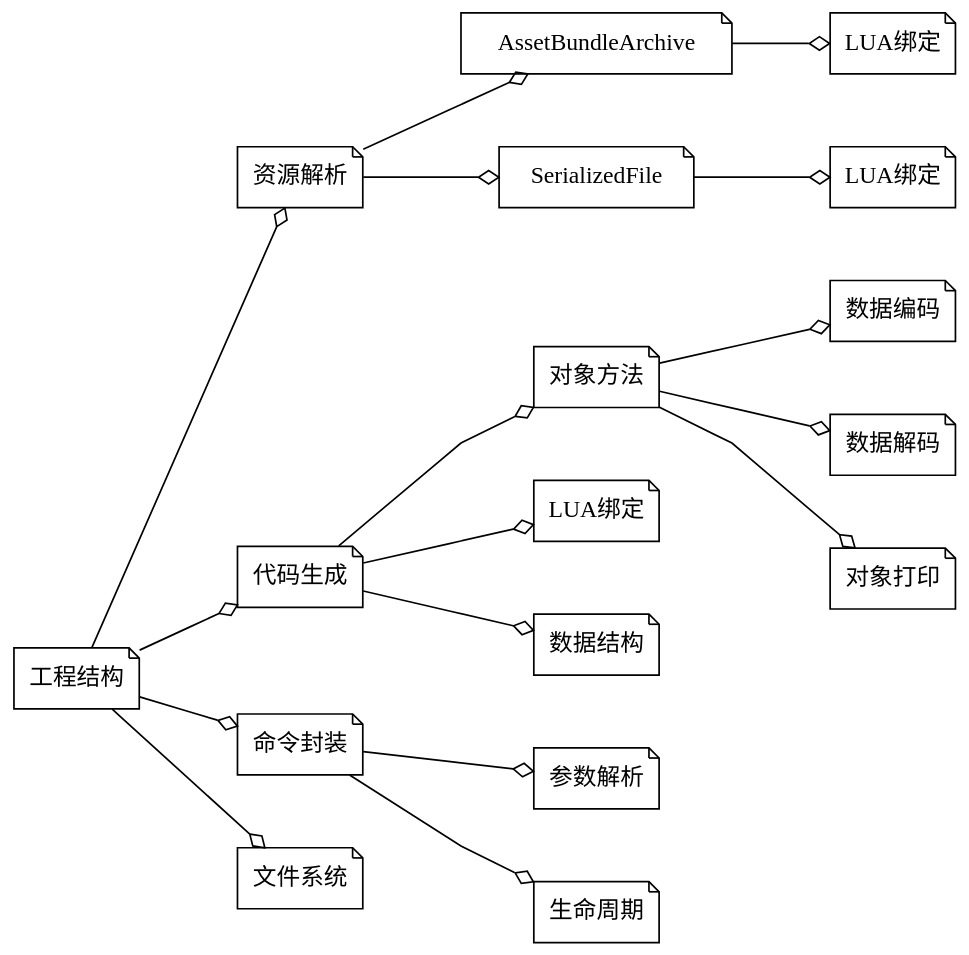
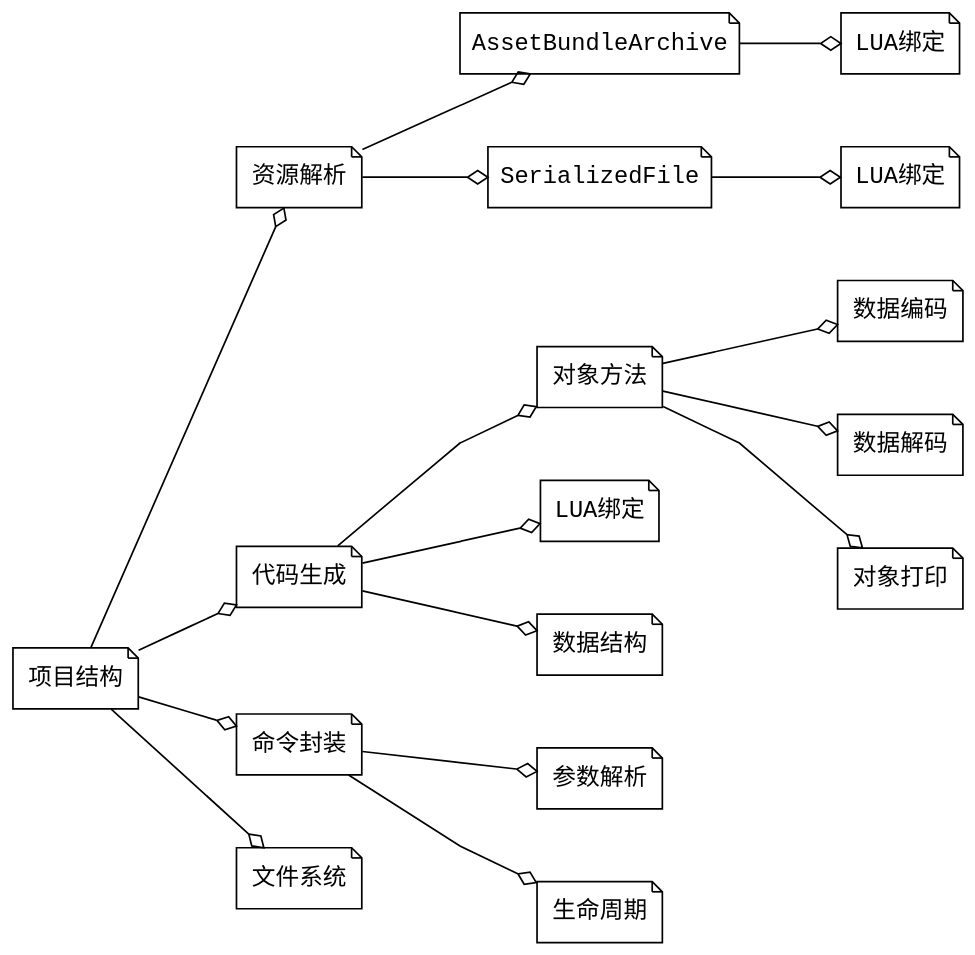
The diagram in chaps/developments/project/project.dot (larryhou/abtool-gitbook), drawn with Graphviz before and after one commit. The commit also changed 2 other files, not shown here.

```diff
--- a/chaps/developments/project/project.dot
+++ b/chaps/developments/project/project.dot
@@ -1,25 +1,25 @@
 digraph{
     graph [pad="0.5", nodesep="0.6", ranksep="0.8"];
     bgcolor=transparent;
     rankdir=LR;
     splines="polyline";
     edge[arrowhead=odiamond];
-    node[shape=note];
+    node[shape=note, fontname="courier"];
 
-    project[label="工程结构"]
+    project[label="项目结构"]
     coding[label="资源解析"]
     codegen[label="代码生成"]
     methods[label="对象方法"]
     b1[label="LUA绑定"];
     b2[label="LUA绑定"];
     b3[label="LUA绑定"];
 
     project -> coding;
     coding -> AssetBundleArchive -> b1;
     coding -> SerializedFile -> b2;
     project -> codegen -> {methods, 数据结构, b3};
     methods -> {数据编码, 数据解码, 对象打印};
     project -> 命令封装 -> {参数解析, 生命周期};
     project -> 文件系统;
     
 }
```
